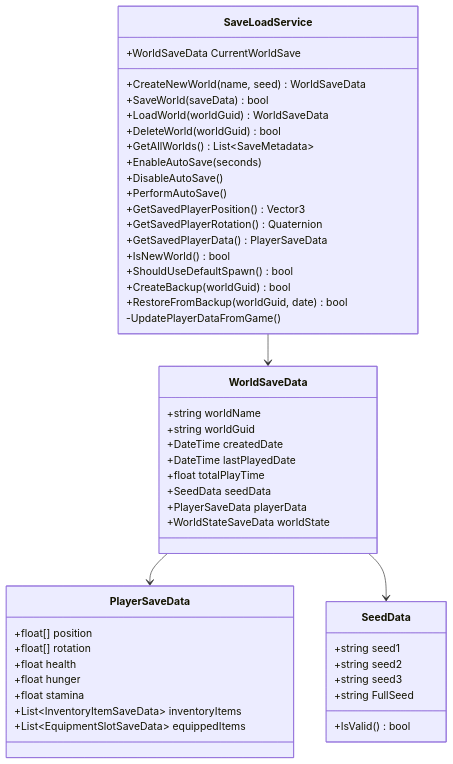
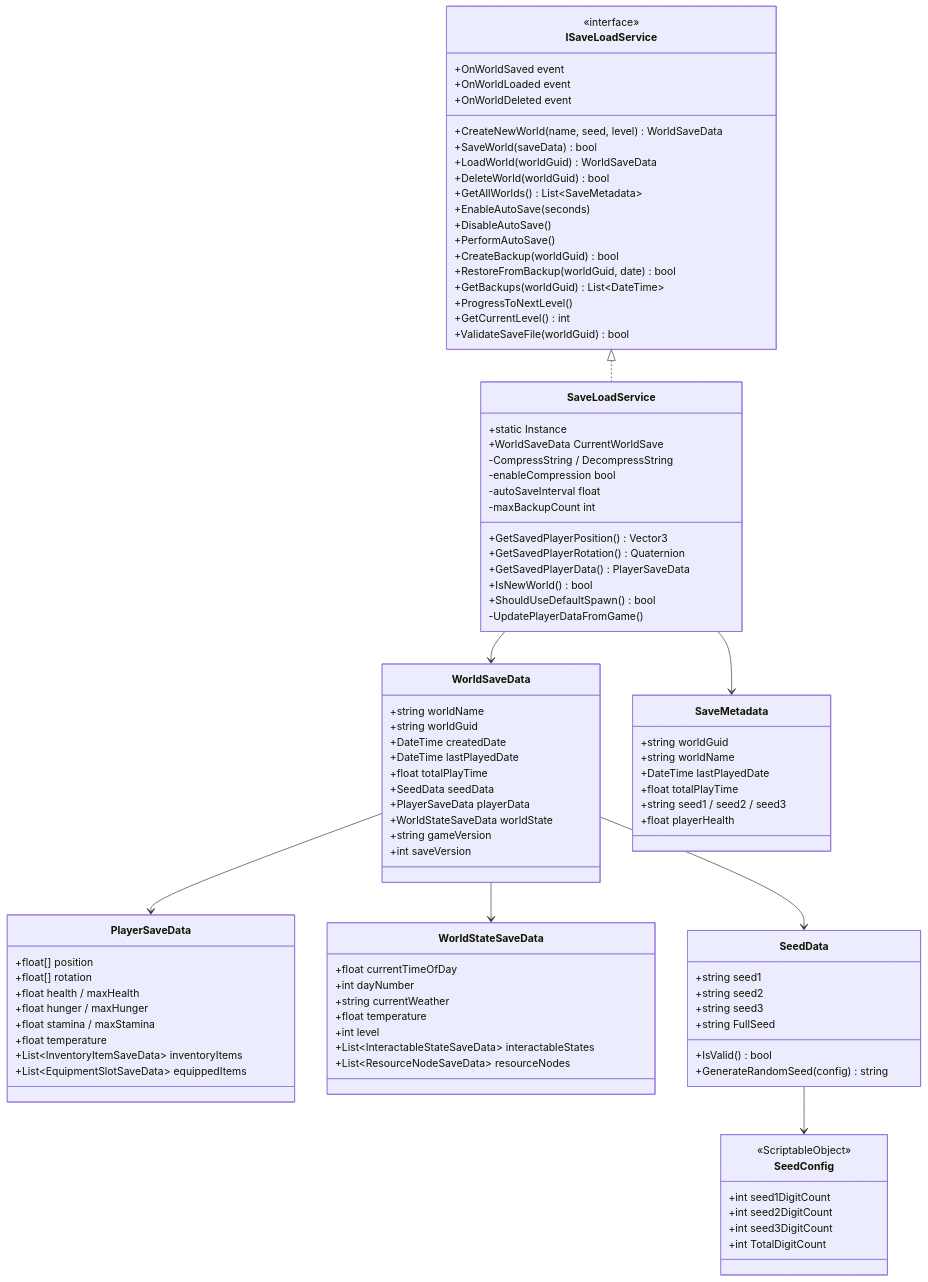
One commit to DontBeknown/so-PEAK changed the sixth of 20 diagrams in CODEBASE_MERMAID_DIAGRAMS.md. Above: the diagram before and after it, drawn with Mermaid. The commit also changed other lines of this file and 49 other files, not shown here.

````diff
--- a/CODEBASE_MERMAID_DIAGRAMS.md
+++ b/CODEBASE_MERMAID_DIAGRAMS.md
@@ -208,8 +239,8 @@
 ```mermaid
 classDiagram
-    class SaveLoadService {
-        +WorldSaveData CurrentWorldSave
-        +CreateNewWorld(name, seed) WorldSaveData
+    class ISaveLoadService {
+        <<interface>>
+        +CreateNewWorld(name, seed, level) WorldSaveData
         +SaveWorld(saveData) bool
         +LoadWorld(worldGuid) WorldSaveData
         +DeleteWorld(worldGuid) bool
@@ -217,16 +248,32 @@
         +EnableAutoSave(seconds)
         +DisableAutoSave()
         +PerformAutoSave()
+        +CreateBackup(worldGuid) bool
+        +RestoreFromBackup(worldGuid, date) bool
+        +GetBackups(worldGuid) List~DateTime~
+        +ProgressToNextLevel()
+        +GetCurrentLevel() int
+        +ValidateSaveFile(worldGuid) bool
+        +OnWorldSaved event
+        +OnWorldLoaded event
+        +OnWorldDeleted event
+    }
+
+    class SaveLoadService {
+        +static Instance
+        +WorldSaveData CurrentWorldSave
         +GetSavedPlayerPosition() Vector3
         +GetSavedPlayerRotation() Quaternion
         +GetSavedPlayerData() PlayerSaveData
         +IsNewWorld() bool
         +ShouldUseDefaultSpawn() bool
-        +CreateBackup(worldGuid) bool
-        +RestoreFromBackup(worldGuid, date) bool
         -UpdatePlayerDataFromGame()
+        -CompressString / DecompressString
+        -enableCompression bool
+        -autoSaveInterval float
+        -maxBackupCount int
     }
-    
+
     class WorldSaveData {
         +string worldName
         +string worldGuid
@@ -236,27 +283,62 @@
         +SeedData seedData
         +PlayerSaveData playerData
         +WorldStateSaveData worldState
+        +string gameVersion
+        +int saveVersion
     }
-    
+
     class PlayerSaveData {
         +float[] position
         +float[] rotation
-        +float health
-        +float hunger
-        +float stamina
+        +float health / maxHealth
+        +float hunger / maxHunger
+        +float stamina / maxStamina
+        +float temperature
         +List~InventoryItemSaveData~ inventoryItems
         +List~EquipmentSlotSaveData~ equippedItems
     }
-    
+
+    class WorldStateSaveData {
+        +float currentTimeOfDay
+        +int dayNumber
+        +string currentWeather
+        +float temperature
+        +int level
+        +List~InteractableStateSaveData~ interactableStates
+        +List~ResourceNodeSaveData~ resourceNodes
+    }
+
     class SeedData {
         +string seed1
         +string seed2
         +string seed3
         +string FullSeed
         +IsValid() bool
+        +GenerateRandomSeed(config) string
     }
-    
+
+    class SeedConfig {
+        <<ScriptableObject>>
+        +int seed1DigitCount
+        +int seed2DigitCount
+        +int seed3DigitCount
+        +int TotalDigitCount
+    }
+
+    class SaveMetadata {
+        +string worldGuid
+        +string worldName
+        +DateTime lastPlayedDate
+        +float totalPlayTime
+        +string seed1 / seed2 / seed3
+        +float playerHealth
+    }
+
+    ISaveLoadService <|.. SaveLoadService
     SaveLoadService --> WorldSaveData
     WorldSaveData --> PlayerSaveData
+    WorldSaveData --> WorldStateSaveData
     WorldSaveData --> SeedData
+    SeedData --> SeedConfig
+    SaveLoadService --> SaveMetadata
 ```
````
